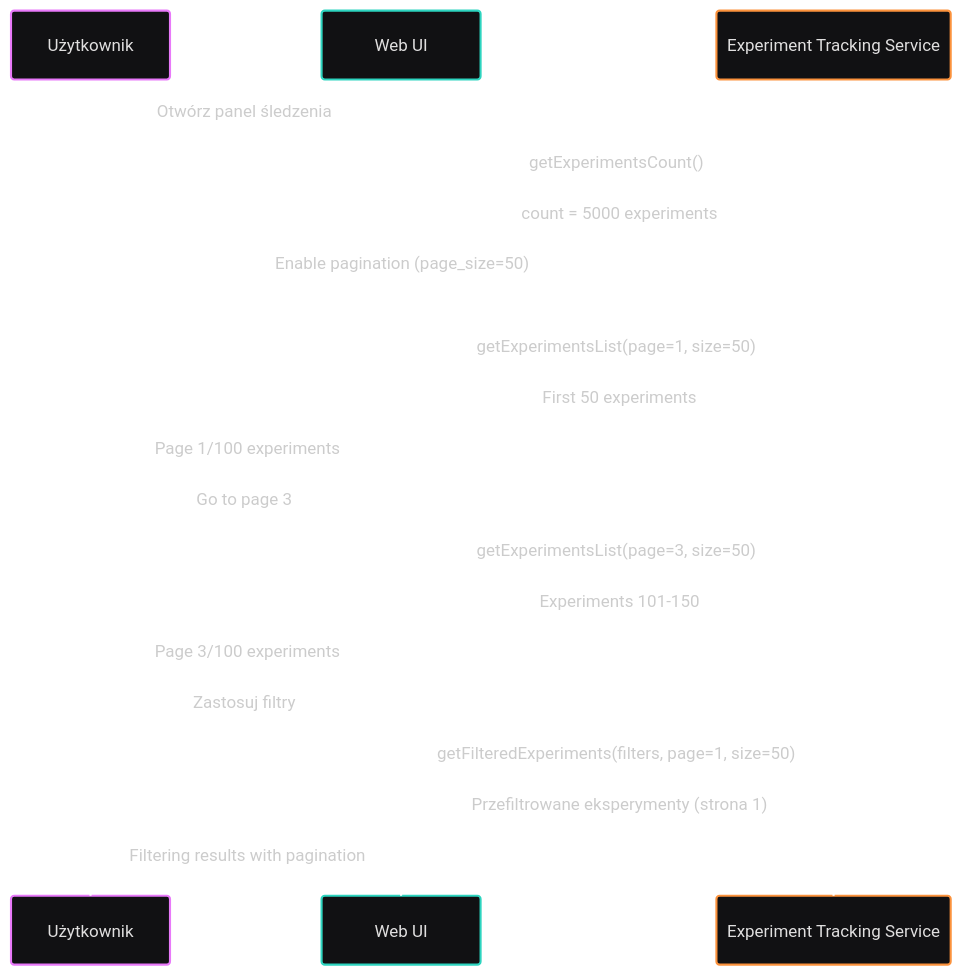
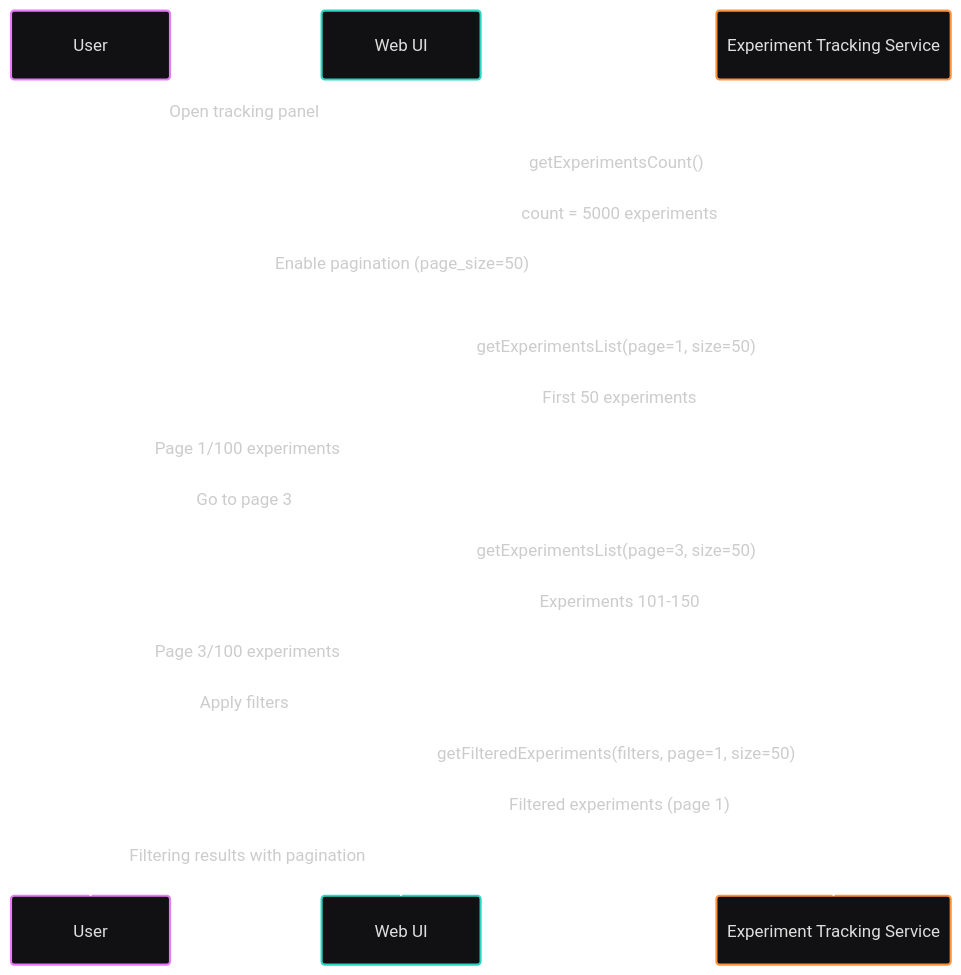
Diagram 14 of 33 in docs/requirements/use-cases.md (jedrzejpolaczek/aviarium.corvidae.corvus_corone), drawn with Mermaid before and after one commit. The commit also changed other lines of this file and 12 other files, not shown here.

````diff
--- a/docs/requirements/use-cases.md
+++ b/docs/requirements/use-cases.md
@@ -651,25 +651,25 @@
 ```mermaid
 ---
 config:
   theme: redux-dark-color
 ---
 sequenceDiagram
-    participant User as Użytkownik
+    participant User as User
     participant UI as Web UI
     participant ETS as Experiment Tracking Service
-    User->>UI: Otwórz panel śledzenia
+    User->>UI: Open tracking panel
     UI->>ETS: getExperimentsCount()
     ETS-->>UI: count = 5000 experiments
     UI->>UI: Enable pagination (page_size=50)
     UI->>ETS: getExperimentsList(page=1, size=50)
     ETS-->>UI: First 50 experiments
     UI-->>User: Page 1/100 experiments
     User->>UI: Go to page 3
     UI->>ETS: getExperimentsList(page=3, size=50)
     ETS-->>UI: Experiments 101-150
     UI-->>User: Page 3/100 experiments
-    User->>UI: Zastosuj filtry
+    User->>UI: Apply filters
     UI->>ETS: getFilteredExperiments(filters, page=1, size=50)
-    ETS-->>UI: Przefiltrowane eksperymenty (strona 1)
+    ETS-->>UI: Filtered experiments (page 1)
     UI-->>User: Filtering results with pagination
 ```
````
